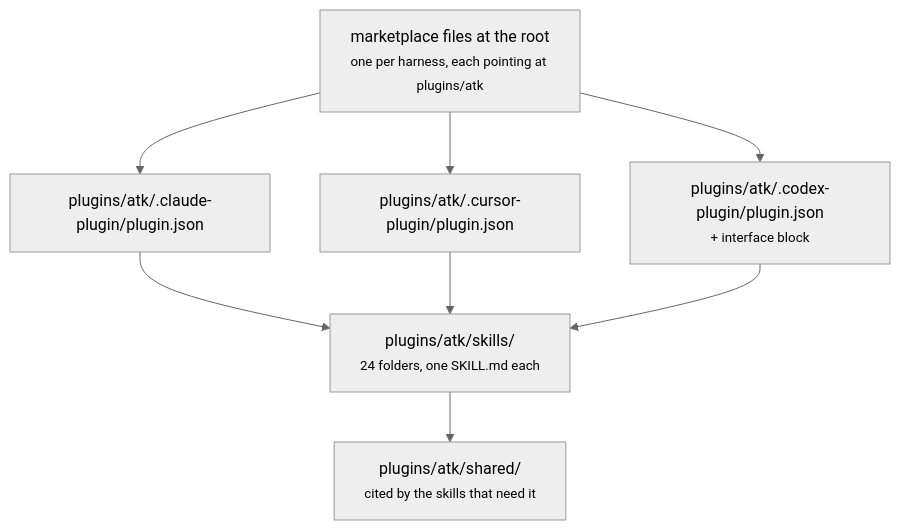
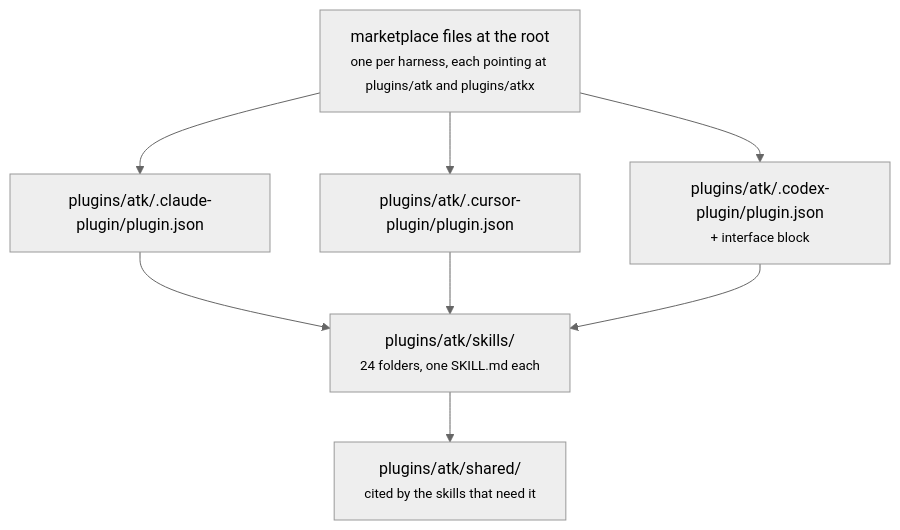
One commit to lamngockhuong/aiteamkit changed the first of 2 diagrams in docs/system-architecture.md. Above: the diagram before and after it, drawn with Mermaid (neutral theme). The commit also changed other lines of this file and 3 other files, not shown here.

````diff
--- a/docs/system-architecture.md
+++ b/docs/system-architecture.md
@@ -58,10 +59,10 @@
 ```mermaid
 flowchart TD
-    MK["marketplace files at the root<br/><small>one per harness, each pointing at plugins/atk</small>"] --> CP
+    MK["marketplace files at the root<br/><small>one per harness, each pointing at plugins/atk and plugins/atkx</small>"] --> CP
     MK --> UP
     MK --> XP
     CP["plugins/atk/.claude-plugin/plugin.json"] --> SK["plugins/atk/skills/<br/><small>24 folders, one SKILL.md each</small>"]
     UP["plugins/atk/.cursor-plugin/plugin.json"] --> SK
     XP["plugins/atk/.codex-plugin/plugin.json<br/><small>+ interface block</small>"] --> SK
     SK --> SH["plugins/atk/shared/<br/><small>cited by the skills that need it</small>"]
 ```
````
